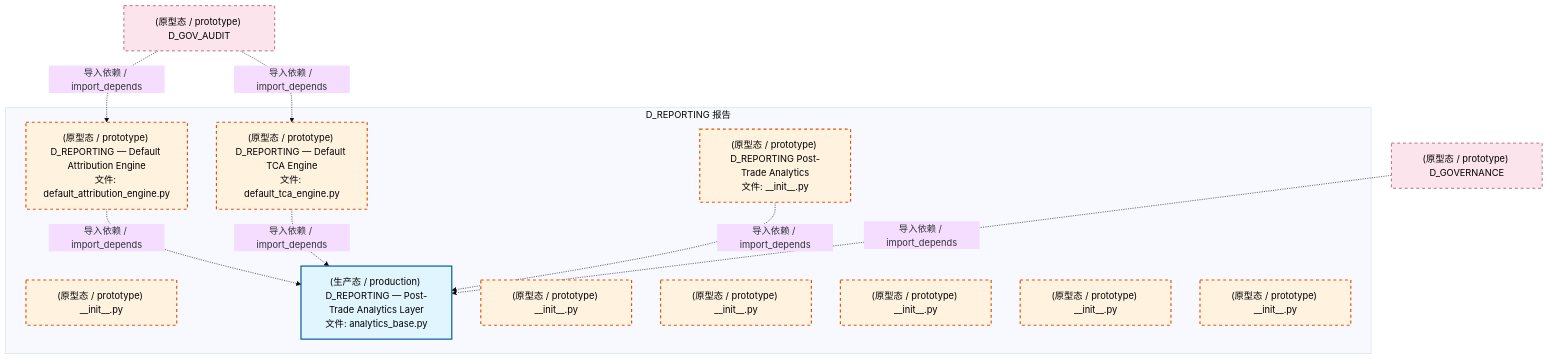
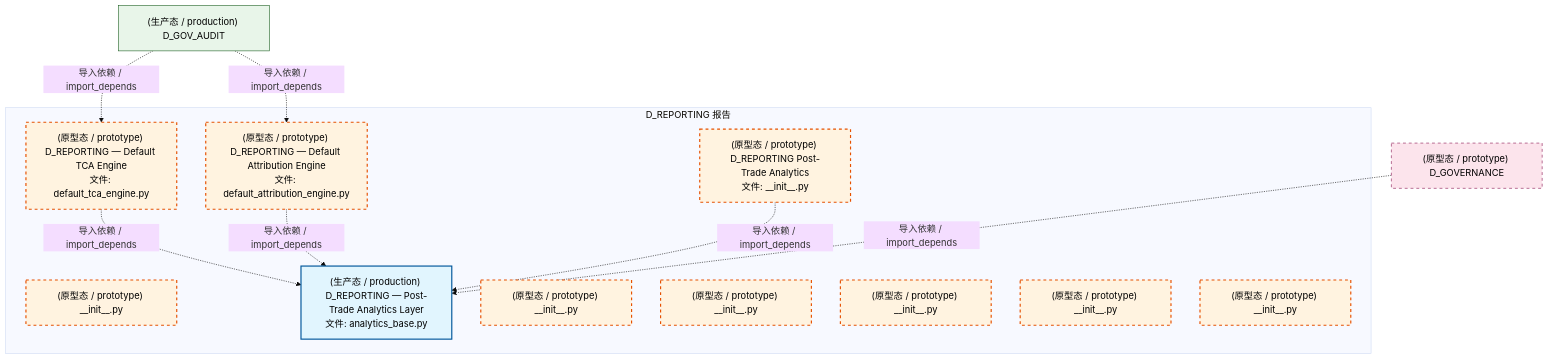
One commit to xuanFelixVan/ZephyrAlpha changed the first of 4 diagrams in docs/02_enterprise_architecture/02_domain_architecture_docs/21_d_reporting.md. Above: the diagram before and after it, drawn with Mermaid (base theme). The commit also changed other lines of this file and 112 other files, not shown here.

````diff
--- a/docs/02_enterprise_architecture/02_domain_architecture_docs/21_d_reporting.md
+++ b/docs/02_enterprise_architecture/02_domain_architecture_docs/21_d_reporting.md
@@ -73,30 +73,31 @@
 ```mermaid
 graph TD
     subgraph D_REPORTING["D_REPORTING 报告"]
         src_zephyr_reporting_init_py["(原型态 / prototype) D_REPORTING Post-Trade Analytics<br/>文件: __init__.py"]
         src_zephyr_reporting_extensions_init_py["(原型态 / prototype) __init__.py"]
         src_zephyr_reporting_analytics_base_py["(生产态 / production) D_REPORTING — Post-Trade Analytics Layer<br/>文件: analytics_base.py"]
         src_zephyr_reporting_api_init_py["(原型态 / prototype) __init__.py"]
         src_zephyr_reporting_core_init_py["(原型态 / prototype) __init__.py"]
         src_zephyr_reporting_default_attribution_engine_py["(原型态 / prototype) D_REPORTING — Default Attribution Engine<br/>文件: default_attribution_engine.py"]
         src_zephyr_reporting_default_tca_engine_py["(原型态 / prototype) D_REPORTING — Default TCA Engine<br/>文件: default_tca_engine.py"]
         src_zephyr_reporting_infrastructure_init_py["(原型态 / prototype) __init__.py"]
         src_zephyr_reporting_models_init_py["(原型态 / prototype) __init__.py"]
         src_zephyr_reporting_services_init_py["(原型态 / prototype) __init__.py"]
     end
+    src_zephyr_reporting_default_tca_engine_py -.->|导入依赖 / import_depends| src_zephyr_reporting_analytics_base_py
     src_zephyr_reporting_default_attribution_engine_py -.->|导入依赖 / import_depends| src_zephyr_reporting_analytics_base_py
-    src_zephyr_reporting_default_tca_engine_py -.->|导入依赖 / import_depends| src_zephyr_reporting_analytics_base_py
     src_zephyr_reporting_init_py -.->|导入依赖 / import_depends| src_zephyr_reporting_analytics_base_py
-    D_GOV_AUDIT["(原型态 / prototype) D_GOV_AUDIT"]
+    D_GOV_AUDIT["(生产态 / production) D_GOV_AUDIT"]
+    D_GOV_AUDIT -.->|导入依赖 / import_depends| src_zephyr_reporting_default_tca_engine_py
     D_GOV_AUDIT -.->|导入依赖 / import_depends| src_zephyr_reporting_default_attribution_engine_py
-    D_GOV_AUDIT -.->|导入依赖 / import_depends| src_zephyr_reporting_default_tca_engine_py
     D_GOVERNANCE["(原型态 / prototype) D_GOVERNANCE"]
     D_GOVERNANCE -.->|导入依赖 / import_depends| src_zephyr_reporting_analytics_base_py
     classDef production fill:#e1f5fe,stroke:#01579b,stroke-width:2px,color:#000
     classDef design fill:#fff3e0,stroke:#e65100,stroke-width:2px,color:#000,stroke-dasharray: 5 5
     classDef external_prod fill:#e8f5e9,stroke:#1b5e20,stroke-width:1px,color:#000
     classDef external_design fill:#fce4ec,stroke:#880e4f,stroke-width:1px,color:#000,stroke-dasharray: 5 5
     class src_zephyr_reporting_analytics_base_py production
     class src_zephyr_reporting_init_py,src_zephyr_reporting_extensions_init_py,src_zephyr_reporting_api_init_py,src_zephyr_reporting_core_init_py,src_zephyr_reporting_default_attribution_engine_py,src_zephyr_reporting_default_tca_engine_py,src_zephyr_reporting_infrastructure_init_py,src_zephyr_reporting_models_init_py,src_zephyr_reporting_services_init_py design
-    class D_GOV_AUDIT,D_GOVERNANCE external_design
+    class D_GOV_AUDIT external_prod
+    class D_GOVERNANCE external_design
 ```
````
